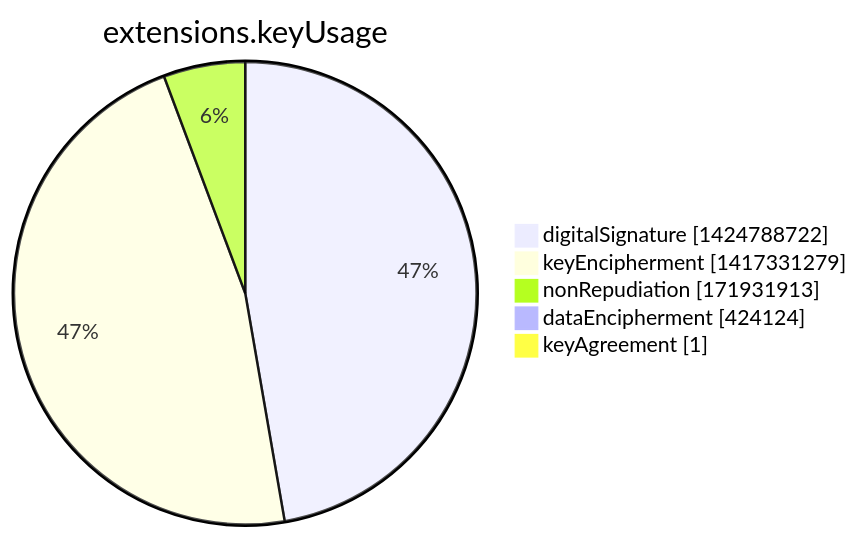
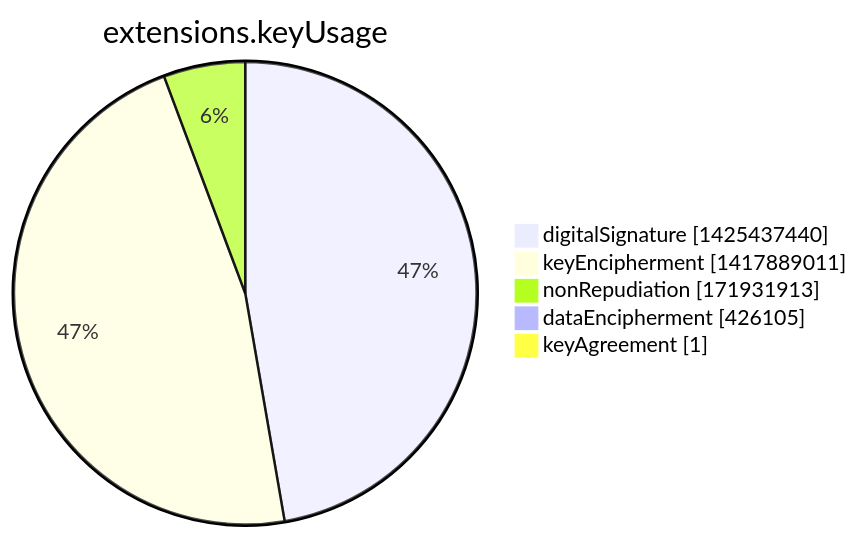
One commit to christiankrug/ctmonitor_visualization changed the seventh of 15 diagrams in argon2022/README.md. Above: the diagram before and after it, drawn with Mermaid. The commit also changed other lines of this file, not shown here.

````diff
--- a/argon2022/README.md
+++ b/argon2022/README.md
@@ -2751,9 +2751,9 @@
 ```mermaid
 pie showData
 title extensions.keyUsage
-"digitalSignature" :1424788722
-"keyEncipherment" :1417331279
+"digitalSignature" :1425437440
+"keyEncipherment" :1417889011
 "nonRepudiation" :171931913
-"dataEncipherment" :424124
+"dataEncipherment" :426105
 "keyAgreement" :1
 ```
````
